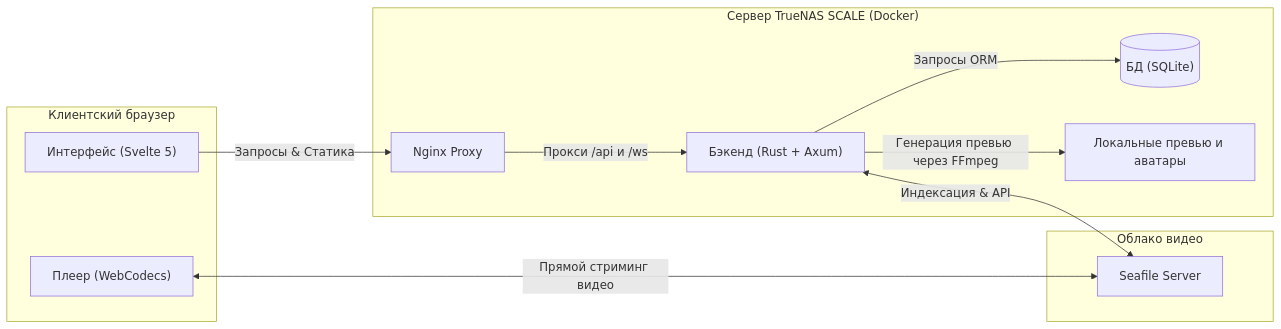
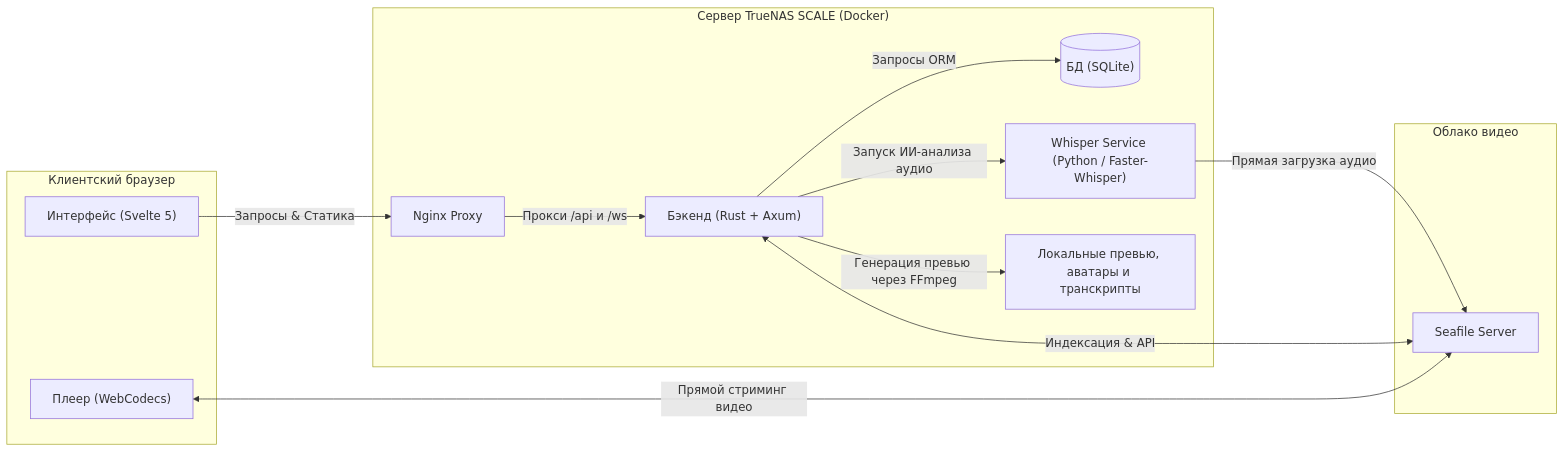
The diagram in README.md (geometrik32/errant-fox), drawn with Mermaid before and after one commit. The commit also changed other lines of this file and 7 other files, not shown here.

Commit message:
docs: update project documentation and README to match current state (whisper-service, AI labeling, sharing)

````diff
--- a/README.md
+++ b/README.md
@@ -56,28 +58,31 @@
 ```mermaid
 flowchart LR
     subgraph Client ["Клиентский браузер"]
         FE["Интерфейс (Svelte 5)"]
         VP["Плеер (WebCodecs)"]
     end
 
     subgraph Server ["Сервер TrueNAS SCALE (Docker)"]
         NGINX["Nginx Proxy"]
         BE["Бэкенд (Rust + Axum)"]
+        WS_AI["Whisper Service (Python / Faster-Whisper)"]
         DB[("БД (SQLite)")]
-        LocalData["Локальные превью и аватары"]
+        LocalData["Локальные превью, аватары и транскрипты"]
     end
 
     subgraph Storage ["Облако видео"]
         Seafile["Seafile Server"]
     end
 
     %% Взаимодействие
     FE -->|Запросы & Статика| NGINX
     NGINX -->|Прокси /api и /ws| BE
     BE -->|Запросы ORM| DB
+    BE -->|Запуск ИИ-анализа аудио| WS_AI
+    WS_AI -->|Прямая загрузка аудио| Seafile
     BE -->|Генерация превью через FFmpeg| LocalData
     
     %% Стриминг видео
     VP <-->|Прямой стриминг видео| Seafile
     BE <-->|Индексация & API| Seafile
 ```
````
